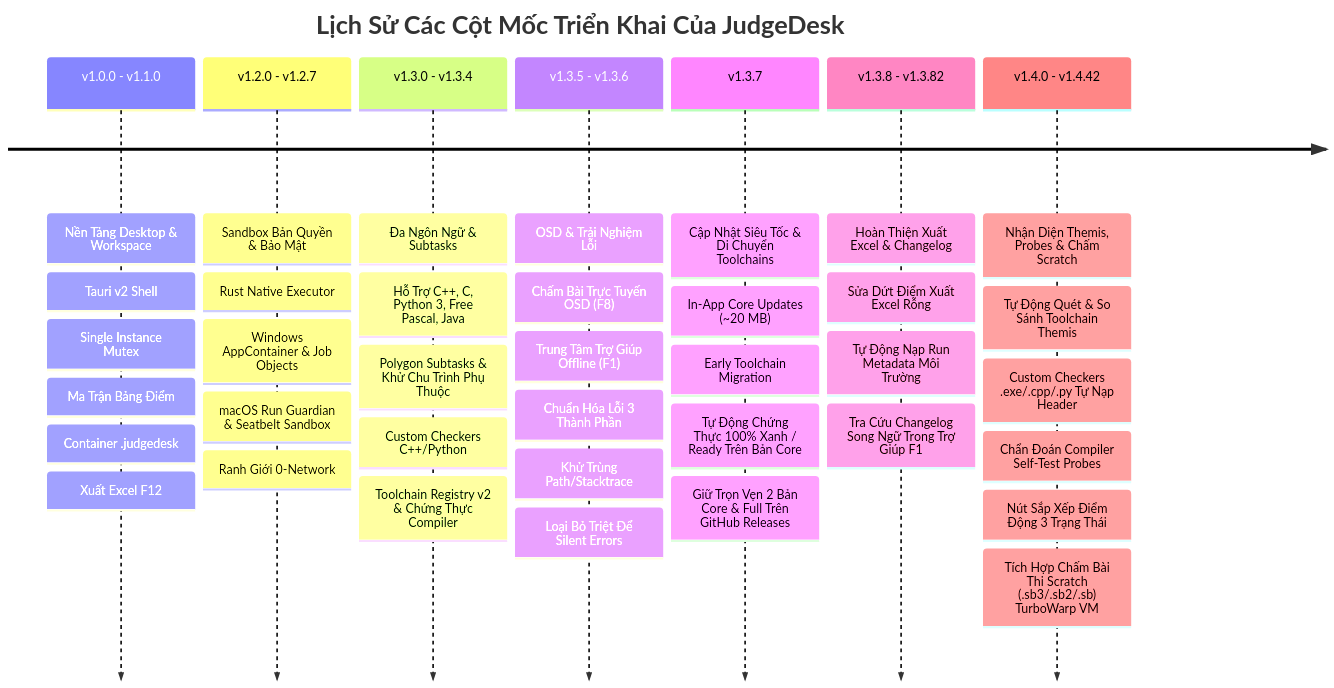
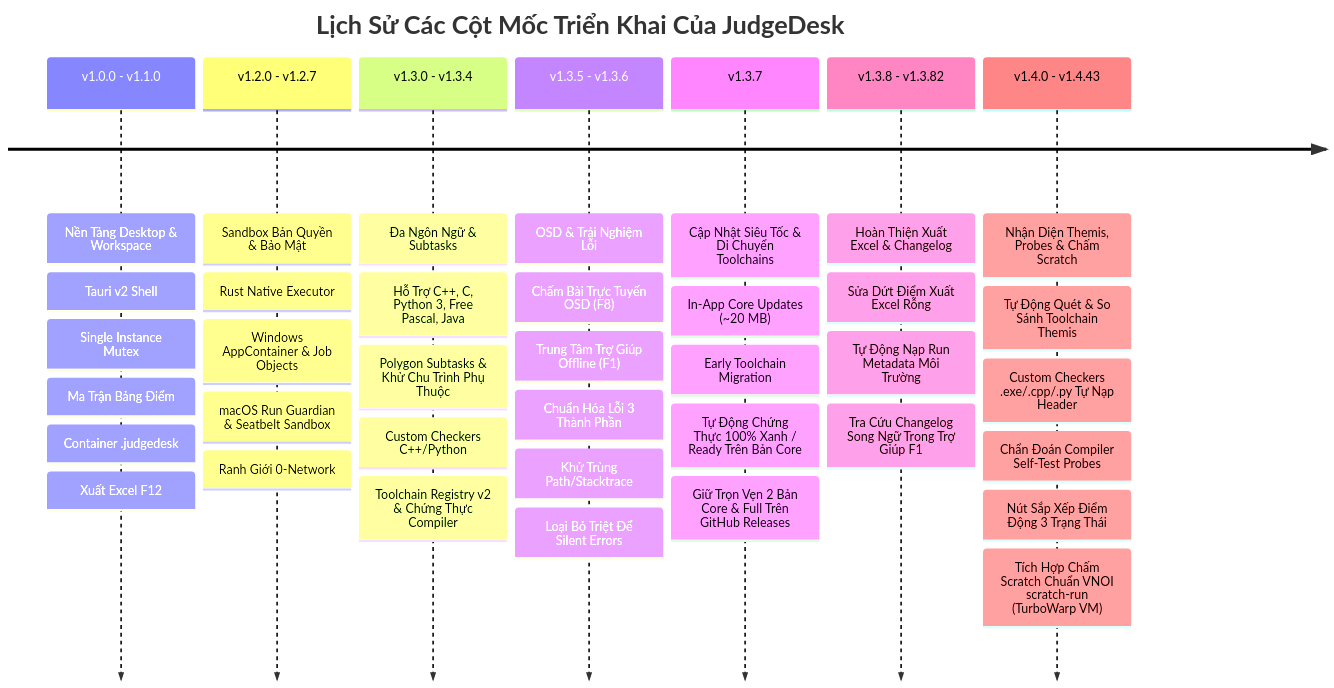
Before and after one commit to ducminh25/judgedesk-source: the diagram in docs/IMPLEMENTATION_PLAN.md, drawn with Mermaid. The commit also changed other lines of this file and 35 other files, not shown here.

Commit message:
feat(scratch): integrate official VNOI scratch-run, refine UI, and release v1.4.43

````diff
--- a/docs/IMPLEMENTATION_PLAN.md
+++ b/docs/IMPLEMENTATION_PLAN.md
@@ -14,11 +14,11 @@
 ```mermaid
 timeline
     title Lịch Sử Các Cột Mốc Triển Khai Của JudgeDesk
     v1.0.0 - v1.1.0 : Nền Tảng Desktop & Workspace : Tauri v2 Shell : Single Instance Mutex : Ma Trận Bảng Điểm : Container .judgedesk : Xuất Excel F12
     v1.2.0 - v1.2.7 : Sandbox Bản Quyền & Bảo Mật : Rust Native Executor : Windows AppContainer & Job Objects : macOS Run Guardian & Seatbelt Sandbox : Ranh Giới 0-Network
     v1.3.0 - v1.3.4 : Đa Ngôn Ngữ & Subtasks : Hỗ Trợ C++, C, Python 3, Free Pascal, Java : Polygon Subtasks & Khử Chu Trình Phụ Thuộc : Custom Checkers C++/Python : Toolchain Registry v2 & Chứng Thực Compiler
     v1.3.5 - v1.3.6 : OSD & Trải Nghiệm Lỗi : Chấm Bài Trực Tuyến OSD (F8) : Trung Tâm Trợ Giúp Offline (F1) : Chuẩn Hóa Lỗi 3 Thành Phần : Khử Trùng Path/Stacktrace : Loại Bỏ Triệt Để Silent Errors
     v1.3.7 : Cập Nhật Siêu Tốc & Di Chuyển Toolchains : In-App Core Updates (~20 MB) : Early Toolchain Migration : Tự Động Chứng Thực 100% Xanh / Ready Trên Bản Core : Giữ Trọn Vẹn 2 Bản Core & Full Trên GitHub Releases
     v1.3.8 - v1.3.82 : Hoàn Thiện Xuất Excel & Changelog : Sửa Dứt Điểm Xuất Excel Rỗng : Tự Động Nạp Run Metadata Môi Trường : Tra Cứu Changelog Song Ngữ Trong Trợ Giúp F1
-    v1.4.0 - v1.4.42 : Nhận Diện Themis, Probes & Chấm Scratch : Tự Động Quét & So Sánh Toolchain Themis : Custom Checkers .exe/.cpp/.py Tự Nạp Header : Chẩn Đoán Compiler Self-Test Probes : Nút Sắp Xếp Điểm Động 3 Trạng Thái : Tích Hợp Chấm Bài Thi Scratch (.sb3/.sb2/.sb) TurboWarp VM
+    v1.4.0 - v1.4.43 : Nhận Diện Themis, Probes & Chấm Scratch : Tự Động Quét & So Sánh Toolchain Themis : Custom Checkers .exe/.cpp/.py Tự Nạp Header : Chẩn Đoán Compiler Self-Test Probes : Nút Sắp Xếp Điểm Động 3 Trạng Thái : Tích Hợp Chấm Scratch Chuẩn VNOI scratch-run (TurboWarp VM)
 ```
````
